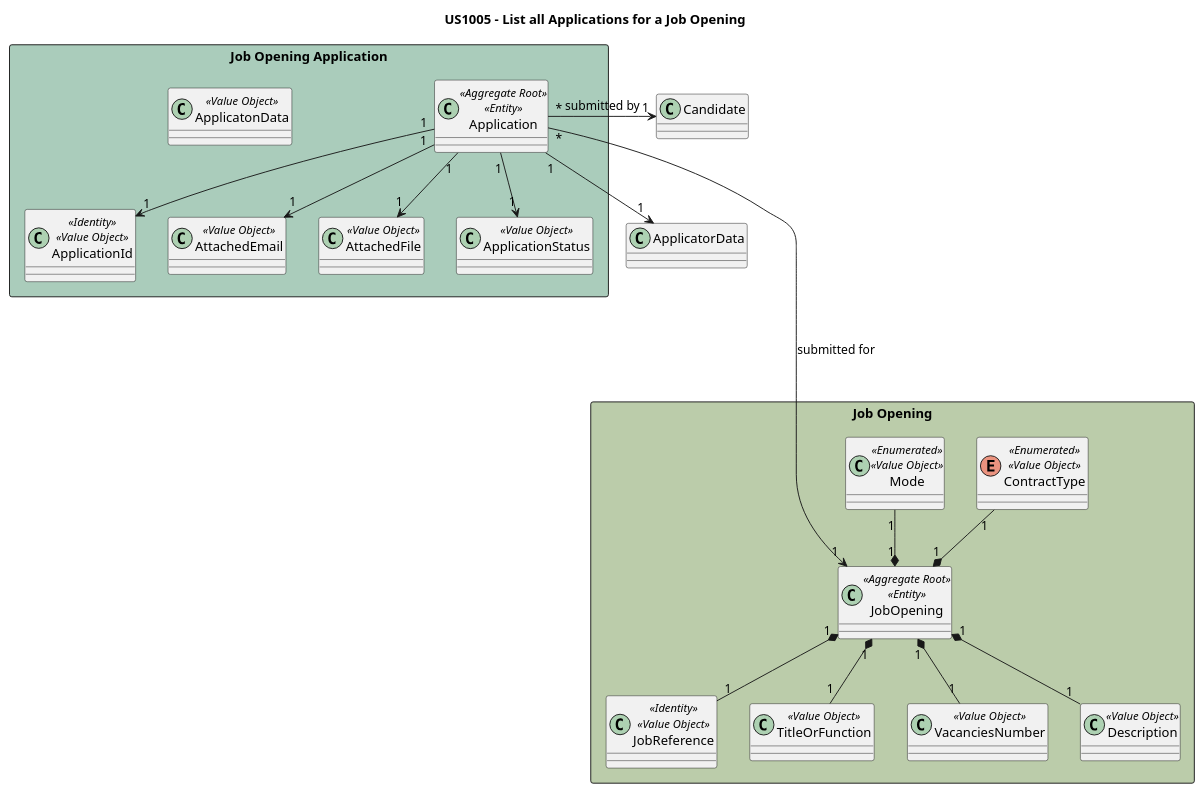
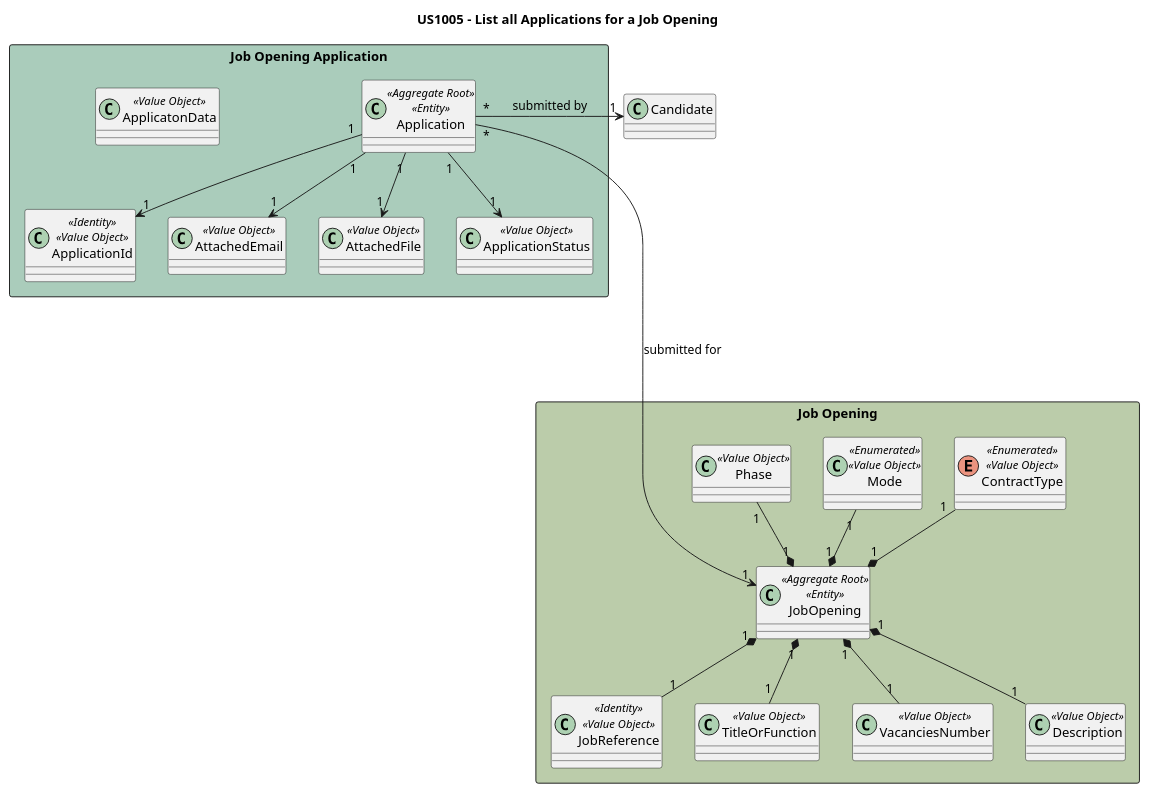
Before and after one commit to marcoferreira37/Lapr4: the diagram in docs/sprintB/1005/puml/1000-domain-model.puml, drawn with PlantUML. The commit also changed 17 other files, not shown here.

```diff
--- a/docs/sprintB/1005/puml/1000-domain-model.puml
+++ b/docs/sprintB/1005/puml/1000-domain-model.puml
@@ -1,61 +1,62 @@
 @startuml
 
 Title  US1005 - List all Applications for a Job Opening
 
 rectangle "Job Opening" #bbccaa {
 
     class JobOpening<<Aggregate Root>><<Entity>>{}
 
     class JobReference<<Identity>><<Value Object>>{}
 
     class TitleOrFunction<<Value Object>>{}
 
     enum ContractType<<Enumerated>><<Value Object>>{}
 
     class Mode<<Enumerated>><<Value Object>>{}
 
 
     class VacanciesNumber<<Value Object>>{}
 
     class Description<<Value Object>>{}
 
+    class Phase <<Value Object>>{}
     ''Maybe go to Interview Model
 
 }
 
 
 rectangle "Job Opening Application" #aaccbb {
 
     class Application<<Aggregate Root>><<Entity>>{}
 
     class ApplicationId<<Identity>><<Value Object>>{}
 
     class AttachedEmail<<Value Object>>{}
 
     class AttachedFile<<Value Object>>{}
 
     class ApplicatonData<<Value Object>>{}
 
     class ApplicationStatus<<Value Object>>{}
 
 
 
 
 }
 
 Application "1" --> "1" ApplicationId
 Application "1" --> "1" AttachedEmail
 Application "1" --> "1" AttachedFile
-Application "1" --> "1" ApplicatorData
 Application "*" -----> "1" JobOpening : submitted for
 Application "*" -> "1" Candidate : submitted by
 Application "1" --> "1" ApplicationStatus
 
 
 JobReference "1" -up-* "1" JobOpening
 TitleOrFunction "1" -up-* "1" JobOpening
 ContractType "1" --* "1" JobOpening
 Mode "1" --* "1" JobOpening
 Description "1" -up-* "1" JobOpening
 VacanciesNumber "1" -up-* "1" JobOpening
+Phase "1" -down-* "1" JobOpening
 @enduml
```
